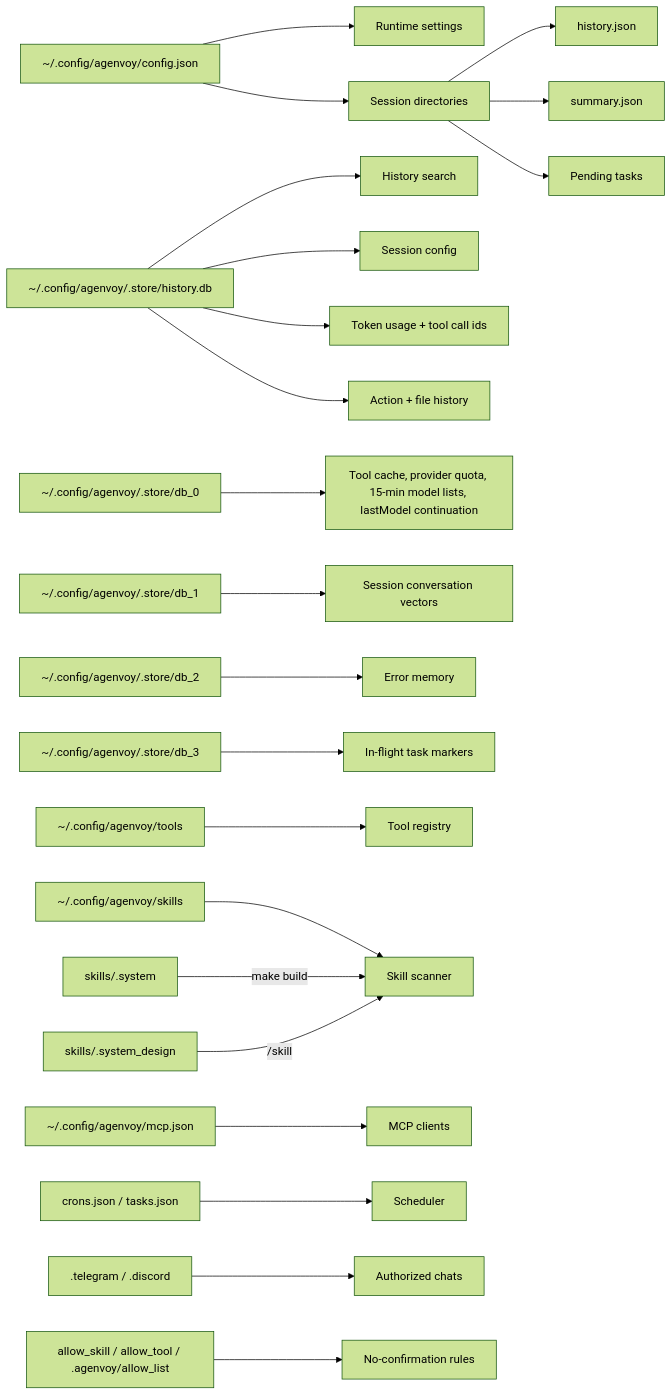
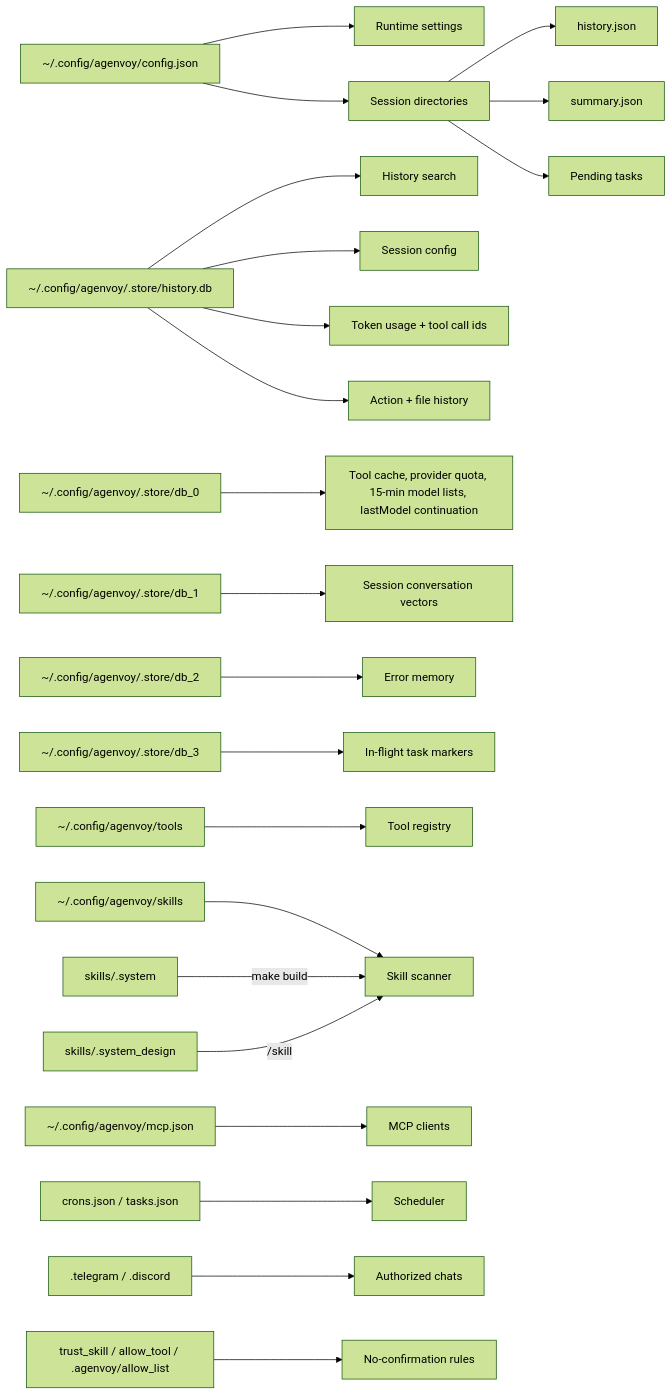
Before and after one commit to neurowatt-dev/NeuroMed-AI: the tenth of 10 diagrams in doc/architecture.md, drawn with Mermaid (forest theme). The commit also changed other lines of this file and 247 other files, not shown here.

````diff
--- a/doc/architecture.md
+++ b/doc/architecture.md
@@ -230,24 +234,24 @@
 ```mermaid
 flowchart LR
     Config[~/.config/agenvoy/config.json] --> Runtime[Runtime settings]
     Config --> Sessions[Session directories]
     Sessions --> History[history.json]
     Sessions --> Summary[summary.json]
     Sessions --> Pending[Pending tasks]
     SQLite[~/.config/agenvoy/.store/history.db] --> Search[History search]
     SQLite --> SessionConfig[Session config]
     SQLite --> Usage[Token usage + tool call ids]
     SQLite --> ActionHistory[Action + file history]
     Torii0[~/.config/agenvoy/.store/db_0] --> ToolCache[Tool cache, provider quota, 15-min model lists, lastModel continuation]
     Torii1[~/.config/agenvoy/.store/db_1] --> SessionMemory[Session conversation vectors]
     Torii2[~/.config/agenvoy/.store/db_2] --> ErrorMemory[Error memory]
     Torii3[~/.config/agenvoy/.store/db_3] --> Online[In-flight task markers]
     Tools[~/.config/agenvoy/tools] --> Registry[Tool registry]
     Skills[~/.config/agenvoy/skills] --> Scanner[Skill scanner]
     SystemSkills[skills/.system] -->|make build| Scanner
     DesignSkills[skills/.system_design] -->|/skill| Scanner
     MCP[~/.config/agenvoy/mcp.json] --> MCPClient[MCP clients]
     Schedules[crons.json / tasks.json] --> Scheduler[Scheduler]
     Auth[.telegram / .discord] --> Channels[Authorized chats]
-    Allow[allow_skill / allow_tool / .agenvoy/allow_list] --> Confirm[No-confirmation rules]
+    Allow[trust_skill / allow_tool / .agenvoy/allow_list] --> Confirm[No-confirmation rules]
 ```
````
